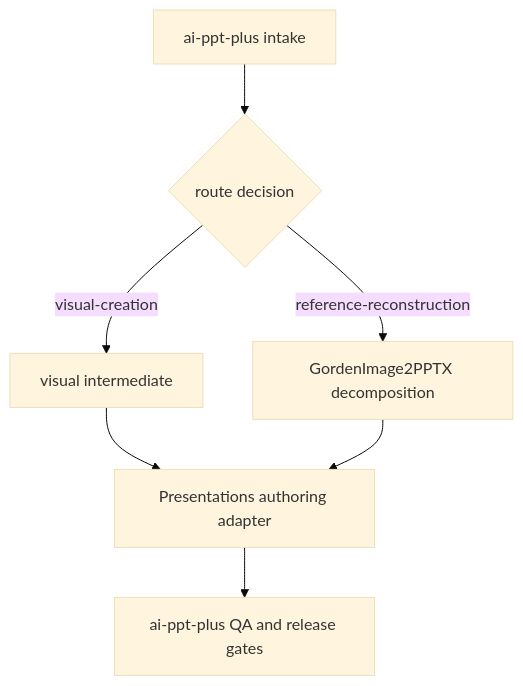
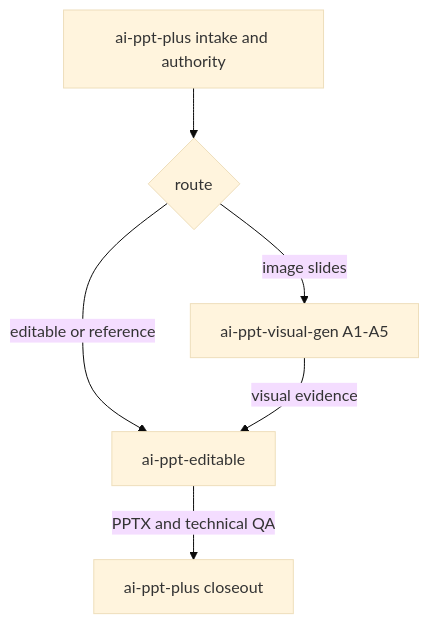
Before and after one commit to joeshu/ai-ppt-plus: the diagram in ai-ppt-editable/references/skill-routing.md, drawn with Mermaid (base theme). The commit also changed other lines of this file and 48 other files, not shown here.

First line of the commit message:
fix: enforce editable-native routing and regression gates (#13)

````diff
--- a/ai-ppt-editable/references/skill-routing.md
+++ b/ai-ppt-editable/references/skill-routing.md
@@ -64,9 +91,8 @@
 ```mermaid
 flowchart TD
-    A[ai-ppt-plus intake] --> B{route decision}
-    B -->|visual-creation| C[visual intermediate]
-    B -->|reference-reconstruction| D[GordenImage2PPTX decomposition]
-    C --> E[Presentations authoring adapter]
-    D --> E
-    E --> F[ai-ppt-plus QA and release gates]
+    A[ai-ppt-plus intake and authority] --> B{route}
+    B -->|image slides| C[ai-ppt-visual-gen A1-A5]
+    B -->|editable or reference| D[ai-ppt-editable]
+    C -->|visual evidence| D
+    D -->|PPTX and technical QA| E[ai-ppt-plus closeout]
 ```
````
